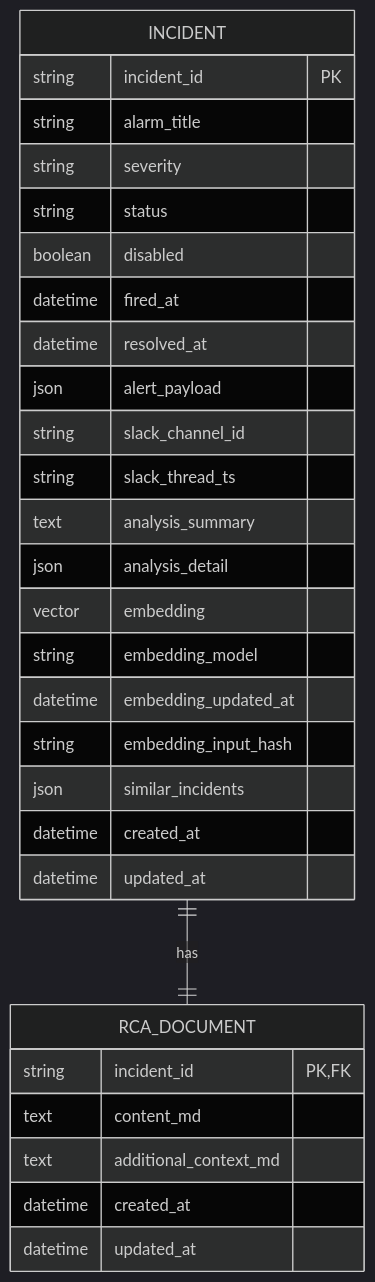
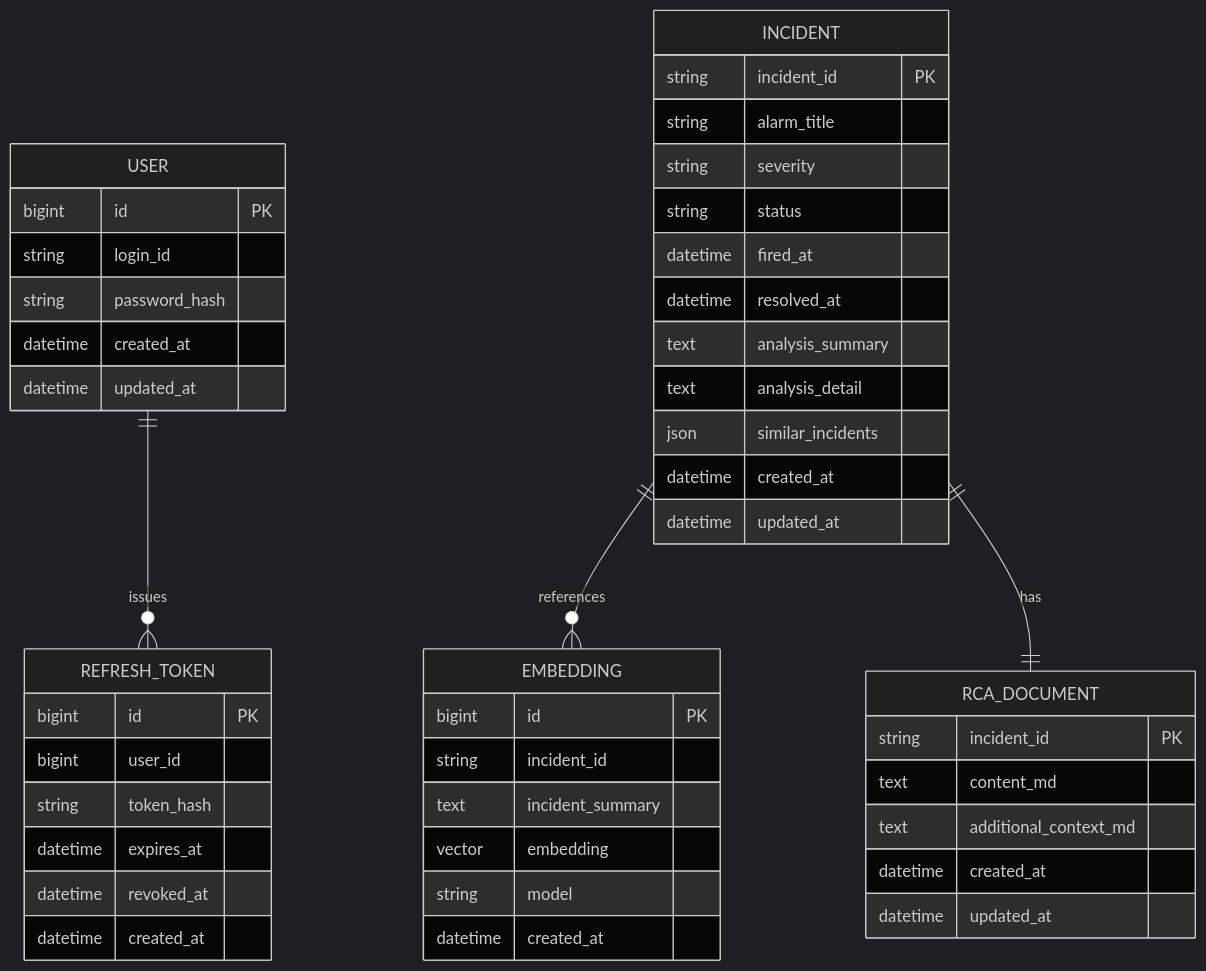
Before and after one commit to kube-rca/kuberca: the diagram in docs/diagrams/entity_relationship_diagram.md, drawn with Mermaid (dark theme). The commit also changed other lines of this file and 5 other files, not shown here.

Commit message:
docs(github): update docs and diagrams

````diff
--- a/docs/diagrams/entity_relationship_diagram.md
+++ b/docs/diagrams/entity_relationship_diagram.md
@@ -3,40 +6,54 @@
 ```mermaid
 erDiagram
+  USER ||--o{ REFRESH_TOKEN : issues
+  INCIDENT ||--o{ EMBEDDING : references
   INCIDENT ||--|| RCA_DOCUMENT : has
+
+  USER {
+    bigint id PK
+    string login_id
+    string password_hash
+    datetime created_at
+    datetime updated_at
+  }
+
+  REFRESH_TOKEN {
+    bigint id PK
+    bigint user_id
+    string token_hash
+    datetime expires_at
+    datetime revoked_at
+    datetime created_at
+  }
 
   INCIDENT {
     string incident_id PK
     string alarm_title
     string severity
     string status
-    boolean disabled
     datetime fired_at
     datetime resolved_at
-
-    json alert_payload
-
-    string slack_channel_id
-    string slack_thread_ts
-
     text analysis_summary
-    json analysis_detail
-
-    vector embedding
-    string embedding_model
-    datetime embedding_updated_at
-    string embedding_input_hash
-
+    text analysis_detail
     json similar_incidents
-
     datetime created_at
     datetime updated_at
   }
 
+  EMBEDDING {
+    bigint id PK
+    string incident_id
+    text incident_summary
+    vector embedding
+    string model
+    datetime created_at
+  }
+
   RCA_DOCUMENT {
-    string incident_id PK,FK
+    string incident_id PK
     text content_md
     text additional_context_md
     datetime created_at
     datetime updated_at
   }
 ```
````
